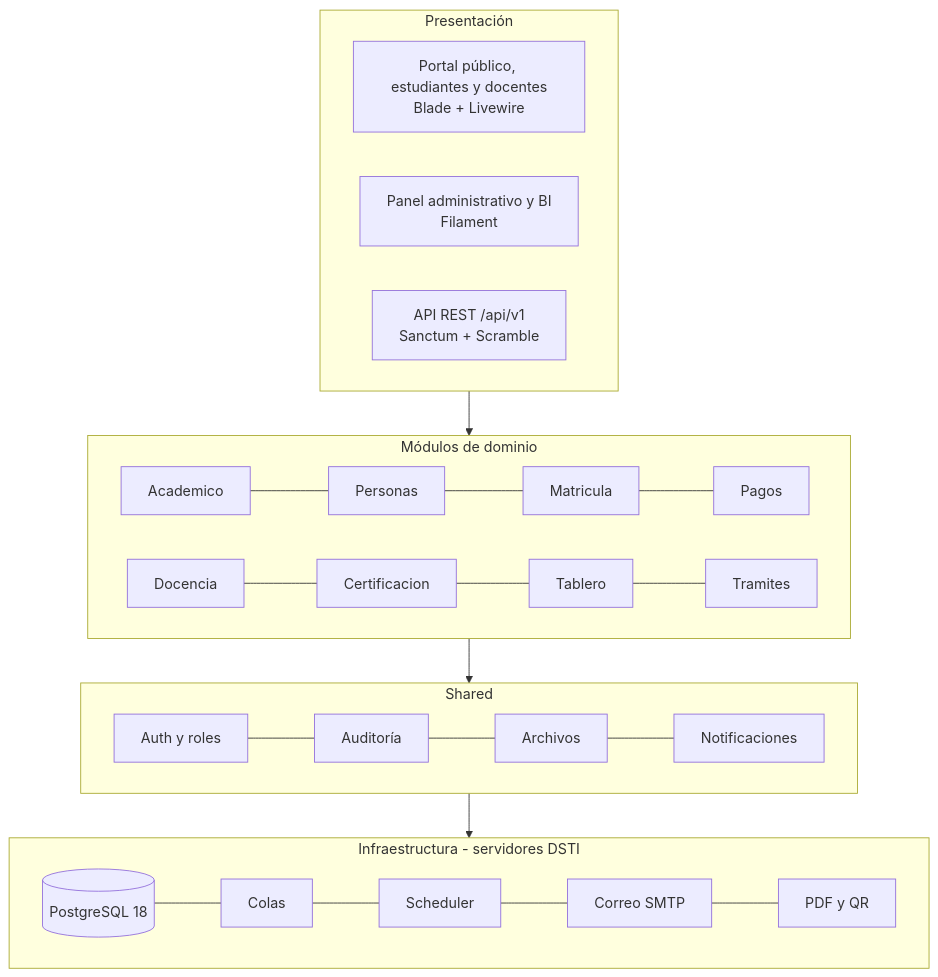
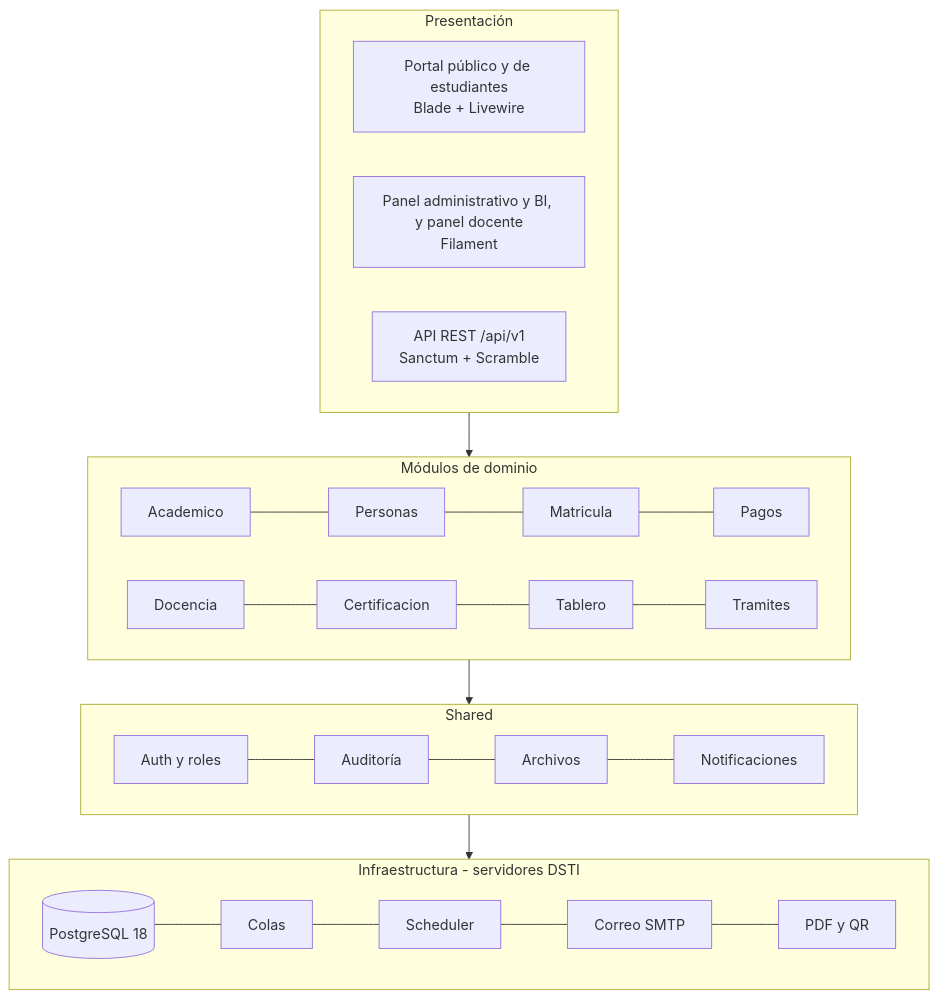
The diagram in docs/arquitectura.md (YomelBarretoFlores/cid-system), drawn with Mermaid before and after one commit. The commit also changed 6 other files, not shown here.

First line of the commit message:
docs: record that the teacher portal is now a Filament panel

````diff
--- a/docs/arquitectura.md
+++ b/docs/arquitectura.md
@@ -7,19 +7,19 @@
 ```mermaid
 flowchart TB
     subgraph P[Presentación]
-        Portal[Portal público, estudiantes y docentes<br/>Blade + Livewire]
-        Admin[Panel administrativo y BI<br/>Filament]
+        Portal[Portal público y de estudiantes<br/>Blade + Livewire]
+        Admin[Panel administrativo y BI, y panel docente<br/>Filament]
         API[API REST /api/v1<br/>Sanctum + Scramble]
     end
     subgraph M[Módulos de dominio]
         ACA[Academico] --- PER[Personas] --- MAT[Matricula] --- PAG[Pagos]
         DOC[Docencia] --- CER[Certificacion] --- TAB[Tablero] --- TRA[Tramites]
     end
     subgraph S[Shared]
         AUTH[Auth y roles] --- AUD[Auditoría] --- FIL[Archivos] --- NOT[Notificaciones]
     end
     subgraph I[Infraestructura - servidores DSTI]
         PG[(PostgreSQL 18)] --- Q[Colas] --- SCH[Scheduler] --- MAIL[Correo SMTP] --- PDF[PDF y QR]
     end
     P --> M --> S --> I
 ```
````
